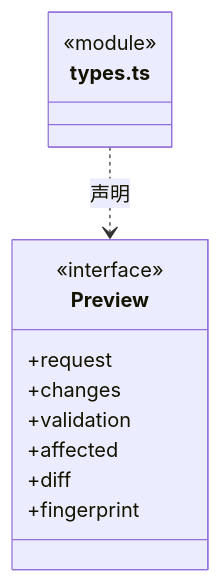
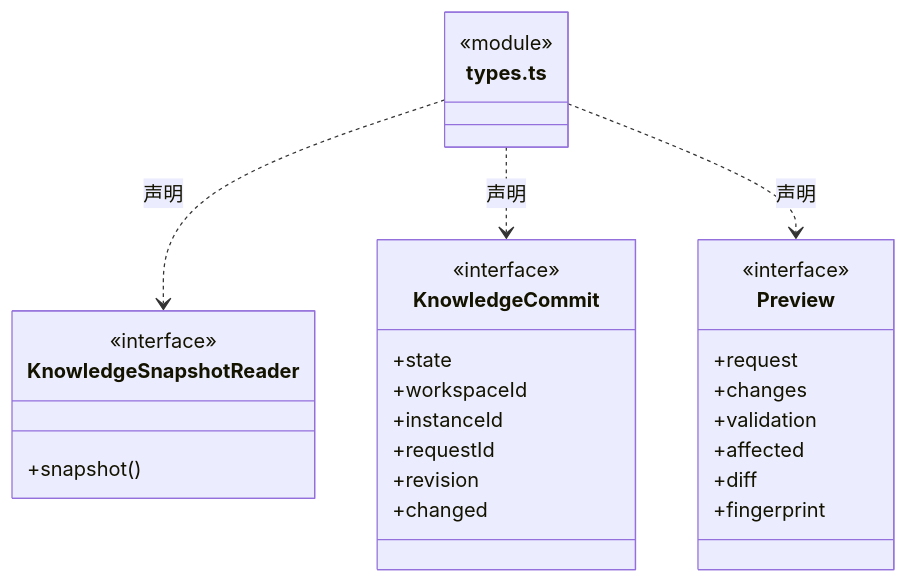
Before and after one commit to nan023062/cbim: diagram 28 of 36 in src/backend/core/knowledge/ARCHITECTURE.md, drawn with Mermaid. The commit also changed other lines of this file and 356 other files, not shown here.

First line of the commit message:
chore: preserve architecture remediation before desktop 0.1.7 alignment

````diff
--- a/src/backend/core/knowledge/ARCHITECTURE.md
+++ b/src/backend/core/knowledge/ARCHITECTURE.md
@@ -597,16 +637,31 @@
 ```mermaid
 classDiagram
 class N_src_backend_core_knowledge_types_ts["types.ts"] {
   <<module>>
 }
+class N_src_backend_core_knowledge_types_ts_KnowledgeSnapshotReader["KnowledgeSnapshotReader"] {
+  <<interface>>
+  +snapshot()
+}
+N_src_backend_core_knowledge_types_ts ..> N_src_backend_core_knowledge_types_ts_KnowledgeSnapshotReader : 声明
+class N_src_backend_core_knowledge_types_ts_KnowledgeCommit["KnowledgeCommit"] {
+  <<interface>>
+  +state
+  +workspaceId
+  +instanceId
+  +requestId
+  +revision
+  +changed
+}
+N_src_backend_core_knowledge_types_ts ..> N_src_backend_core_knowledge_types_ts_KnowledgeCommit : 声明
 class N_src_backend_core_knowledge_types_ts_Preview["Preview"] {
   <<interface>>
   +request
   +changes
   +validation
   +affected
   +diff
   +fingerprint
 }
 N_src_backend_core_knowledge_types_ts ..> N_src_backend_core_knowledge_types_ts_Preview : 声明
 ```
````
